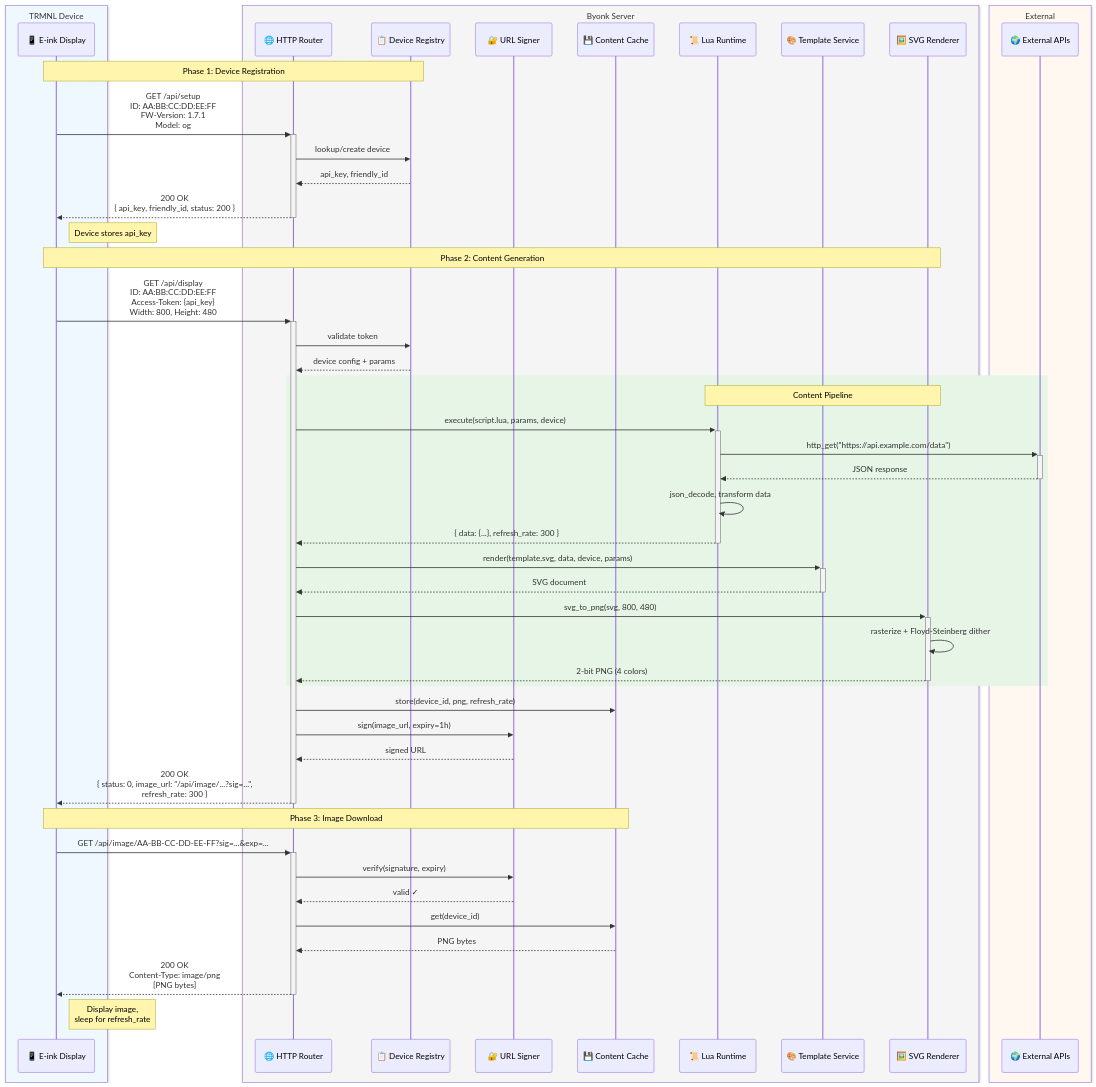
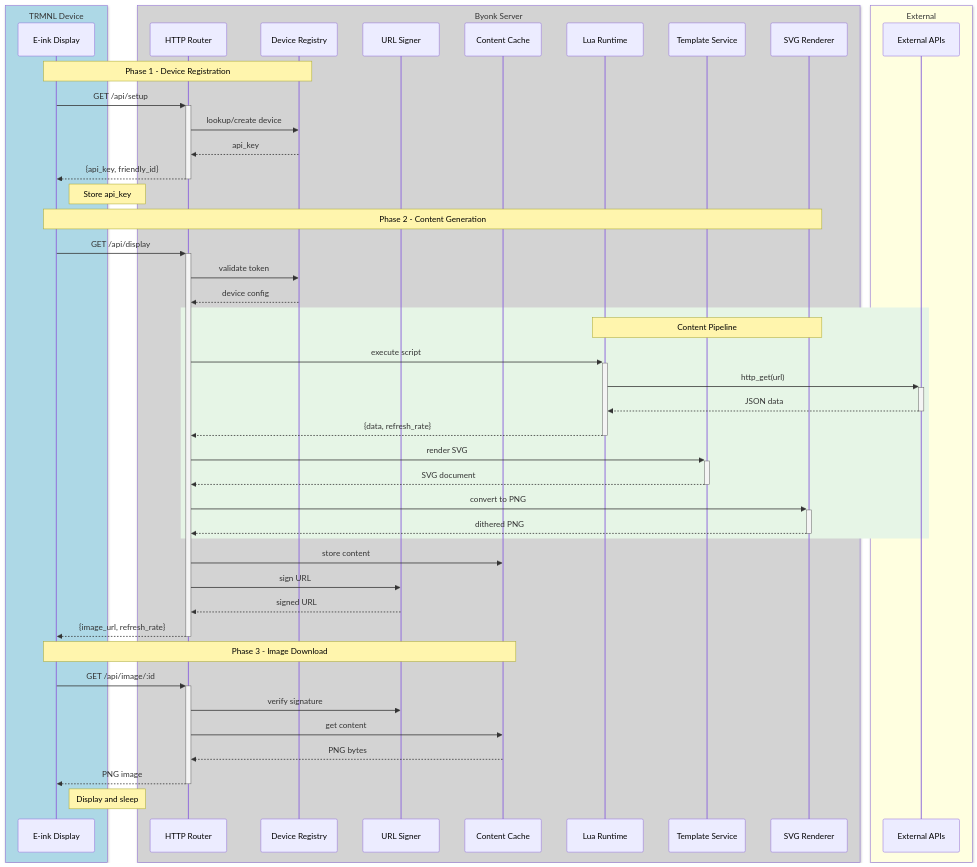
Before and after one commit to oetiker/byonk: the second of 2 diagrams in docs/src/concepts/architecture.md, drawn with Mermaid. The commit also changed other lines of this file and 1 other file, not shown here.

Commit message:
Fix mermaid diagram syntax issues
- Architecture diagrams: use `--` instead of `-->` for edges
- Sequence diagram: use color names (LightBlue, LightGray) instead
  of rgb() for box colors
- Sequence diagram: remove spaces in rgb() values for rect
- Sequence diagram: simplify message labels
- Remove emojis from participant names for better compatibility

🤖 Generated with [Claude Code](https://claude.com/claude-code)

````diff
--- a/docs/src/concepts/architecture.md
+++ b/docs/src/concepts/architecture.md
@@ -96,61 +96,58 @@
 ```mermaid
 sequenceDiagram
-    box rgb(240, 248, 255) TRMNL Device
-        participant Device as 📱 E-ink Display
+    box LightBlue TRMNL Device
+        participant Device as E-ink Display
     end
-    box rgb(245, 245, 245) Byonk Server
-        participant Router as 🌐 HTTP Router
-        participant Registry as 📋 Device Registry
-        participant Signer as 🔐 URL Signer
-        participant Cache as 💾 Content Cache
-        participant Lua as 📜 Lua Runtime
-        participant Template as 🎨 Template Service
-        participant Renderer as 🖼️ SVG Renderer
+    box LightGray Byonk Server
+        participant Router as HTTP Router
+        participant Registry as Device Registry
+        participant Signer as URL Signer
+        participant Cache as Content Cache
+        participant Lua as Lua Runtime
+        participant Template as Template Service
+        participant Renderer as SVG Renderer
     end
-    box rgb(255, 248, 240) External
-        participant API as 🌍 External APIs
+    box LightYellow External
+        participant API as External APIs
     end
 
-    Note over Device,Registry: Phase 1: Device Registration
-    Device->>+Router: GET /api/setup<br/>ID: AA:BB:CC:DD:EE:FF<br/>FW-Version: 1.7.1<br/>Model: og
+    Note over Device,Registry: Phase 1 - Device Registration
+    Device->>+Router: GET /api/setup
     Router->>Registry: lookup/create device
-    Registry-->>Router: api_key, friendly_id
-    Router-->>-Device: 200 OK<br/>{ api_key, friendly_id, status: 200 }
-    Note right of Device: Device stores api_key
+    Registry-->>Router: api_key
+    Router-->>-Device: {api_key, friendly_id}
+    Note right of Device: Store api_key
 
-    Note over Device,Renderer: Phase 2: Content Generation
-    Device->>+Router: GET /api/display<br/>ID: AA:BB:CC:DD:EE:FF<br/>Access-Token: {api_key}<br/>Width: 800, Height: 480
+    Note over Device,Renderer: Phase 2 - Content Generation
+    Device->>+Router: GET /api/display
     Router->>Registry: validate token
-    Registry-->>Router: device config + params
+    Registry-->>Router: device config
 
-    rect rgb(230, 245, 230)
+    rect rgb(230,245,230)
         Note over Lua,Renderer: Content Pipeline
-        Router->>+Lua: execute(script.lua, params, device)
-        Lua->>+API: http_get("https://api.example.com/data")
-        API-->>-Lua: JSON response
-        Lua->>Lua: json_decode, transform data
-        Lua-->>-Router: { data: {...}, refresh_rate: 300 }
+        Router->>+Lua: execute script
+        Lua->>+API: http_get(url)
+        API-->>-Lua: JSON data
+        Lua-->>-Router: {data, refresh_rate}
 
-        Router->>+Template: render(template.svg, data, device, params)
+        Router->>+Template: render SVG
         Template-->>-Router: SVG document
 
-        Router->>+Renderer: svg_to_png(svg, 800, 480)
-        Renderer->>Renderer: rasterize + Floyd-Steinberg dither
-        Renderer-->>-Router: 2-bit PNG (4 colors)
+        Router->>+Renderer: convert to PNG
+        Renderer-->>-Router: dithered PNG
     end
 
-    Router->>Cache: store(device_id, png, refresh_rate)
-    Router->>Signer: sign(image_url, expiry=1h)
+    Router->>Cache: store content
+    Router->>Signer: sign URL
     Signer-->>Router: signed URL
-    Router-->>-Device: 200 OK<br/>{ status: 0, image_url: "/api/image/...?sig=...",<br/>  refresh_rate: 300 }
+    Router-->>-Device: {image_url, refresh_rate}
 
-    Note over Device,Cache: Phase 3: Image Download
-    Device->>+Router: GET /api/image/AA-BB-CC-DD-EE-FF?sig=...&exp=...
-    Router->>Signer: verify(signature, expiry)
-    Signer-->>Router: valid ✓
-    Router->>Cache: get(device_id)
+    Note over Device,Cache: Phase 3 - Image Download
+    Device->>+Router: GET /api/image/:id
+    Router->>Signer: verify signature
+    Router->>Cache: get content
     Cache-->>Router: PNG bytes
-    Router-->>-Device: 200 OK<br/>Content-Type: image/png<br/>[PNG bytes]
+    Router-->>-Device: PNG image
 
-    Note right of Device: Display image,<br/>sleep for refresh_rate
+    Note right of Device: Display and sleep
 ```
````
